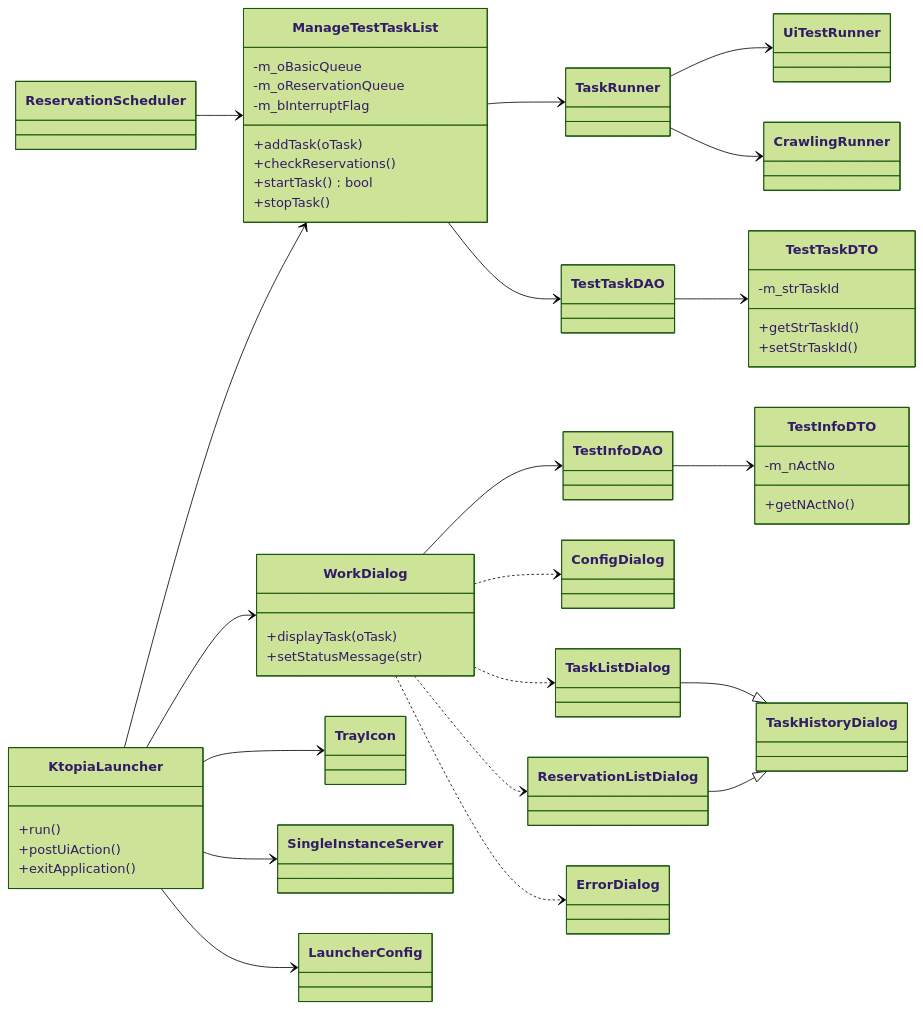
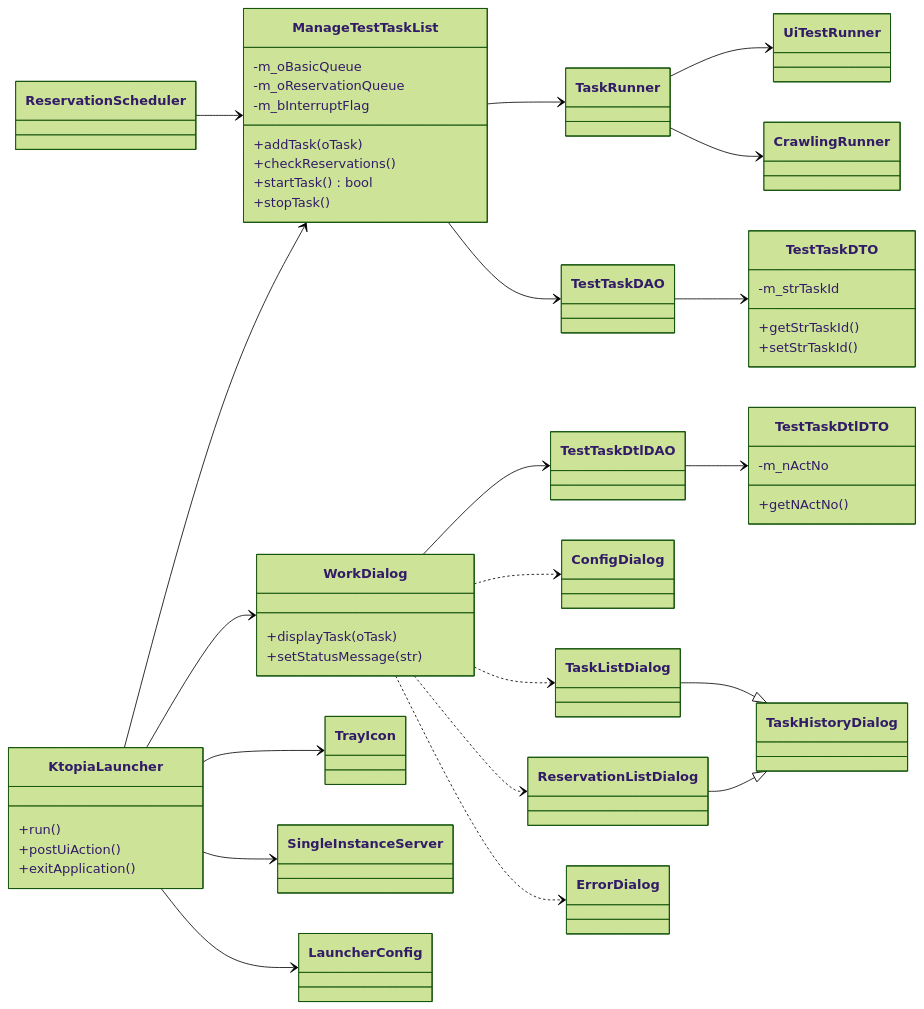
The eighth of 8 diagrams in doc/KTOPIA_설계서.md (ginni023/PLauncher), drawn with Mermaid (forest theme) before and after one commit. The commit also changed other lines of this file and 42 other files, not shown here.

First line of the commit message:
Implement crawling task flow, API token setting, and DB access cleanup

````diff
--- a/doc/KTOPIA_설계서.md
+++ b/doc/KTOPIA_설계서.md
@@ -504,50 +527,50 @@
 ```mermaid
 classDiagram
     direction LR
     class KtopiaLauncher {
         +run()
         +postUiAction()
         +exitApplication()
     }
     class ManageTestTaskList {
         -m_oBasicQueue
         -m_oReservationQueue
         -m_bInterruptFlag
         +addTask(oTask)
         +checkReservations()
         +startTask() bool
         +stopTask()
     }
     class WorkDialog {
         +displayTask(oTask)
         +setStatusMessage(str)
     }
     class TestTaskDTO {
         -m_strTaskId
         +getStrTaskId()
         +setStrTaskId()
     }
-    class TestInfoDTO {
+    class TestTaskDtlDTO {
         -m_nActNo
         +getNActNo()
     }
     KtopiaLauncher --> ManageTestTaskList
     KtopiaLauncher --> WorkDialog
     KtopiaLauncher --> TrayIcon
     KtopiaLauncher --> SingleInstanceServer
     KtopiaLauncher --> LauncherConfig
     ManageTestTaskList --> TaskRunner
     ManageTestTaskList --> TestTaskDAO
     ReservationScheduler --> ManageTestTaskList
     TaskRunner --> UiTestRunner
     TaskRunner --> CrawlingRunner
     TestTaskDAO --> TestTaskDTO
-    TestInfoDAO --> TestInfoDTO
-    WorkDialog --> TestInfoDAO
+    TestTaskDtlDAO --> TestTaskDtlDTO
+    WorkDialog --> TestTaskDtlDAO
     WorkDialog ..> ConfigDialog
     WorkDialog ..> TaskListDialog
     WorkDialog ..> ReservationListDialog
     WorkDialog ..> ErrorDialog
     TaskListDialog --|> TaskHistoryDialog
     ReservationListDialog --|> TaskHistoryDialog
 ```
````
